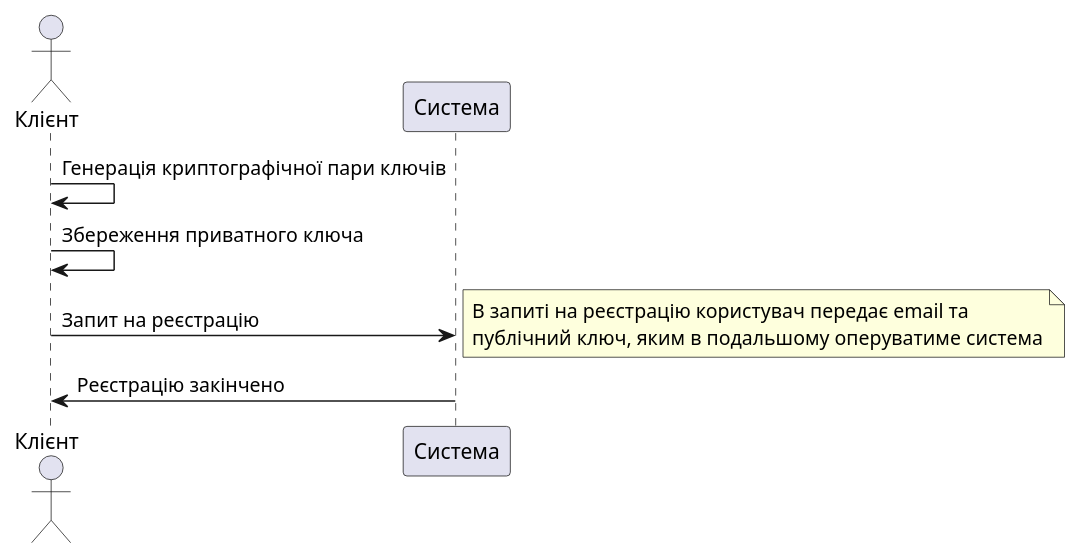
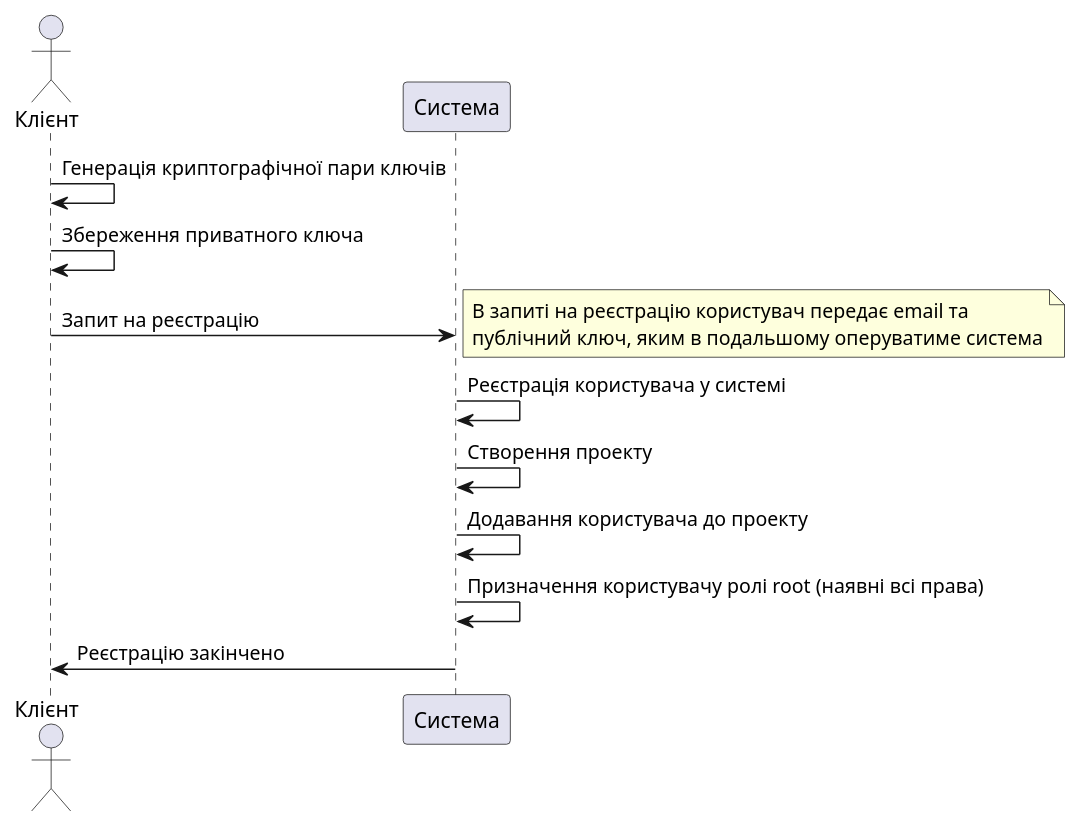
Before and after one commit to Danil-Kolmahin/master-diploma: the diagram in docs/registration.pu, drawn with PlantUML. The commit also changed 1 other file, not shown here.

```diff
--- a/docs/registration.pu
+++ b/docs/registration.pu
@@ -1,13 +1,17 @@
 @startuml registration
 actor Клієнт as Client
 participant Система as System
 
 Client -> Client : Генерація криптографічної пари ключів
 Client -> Client : Збереження приватного ключа
 Client -> System : Запит на реєстрацію
 note right
   В запиті на реєстрацію користувач передає email та
   публічний ключ, яким в подальшому оперуватиме система
 end note
+System -> System : Реєстрація користувача у системі
+System -> System : Створення проекту
+System -> System : Додавання користувача до проекту
+System -> System : Призначення користувачу ролі root (наявні всі права)
 System -> Client : Реєстрацію закінчено
 @enduml
```
